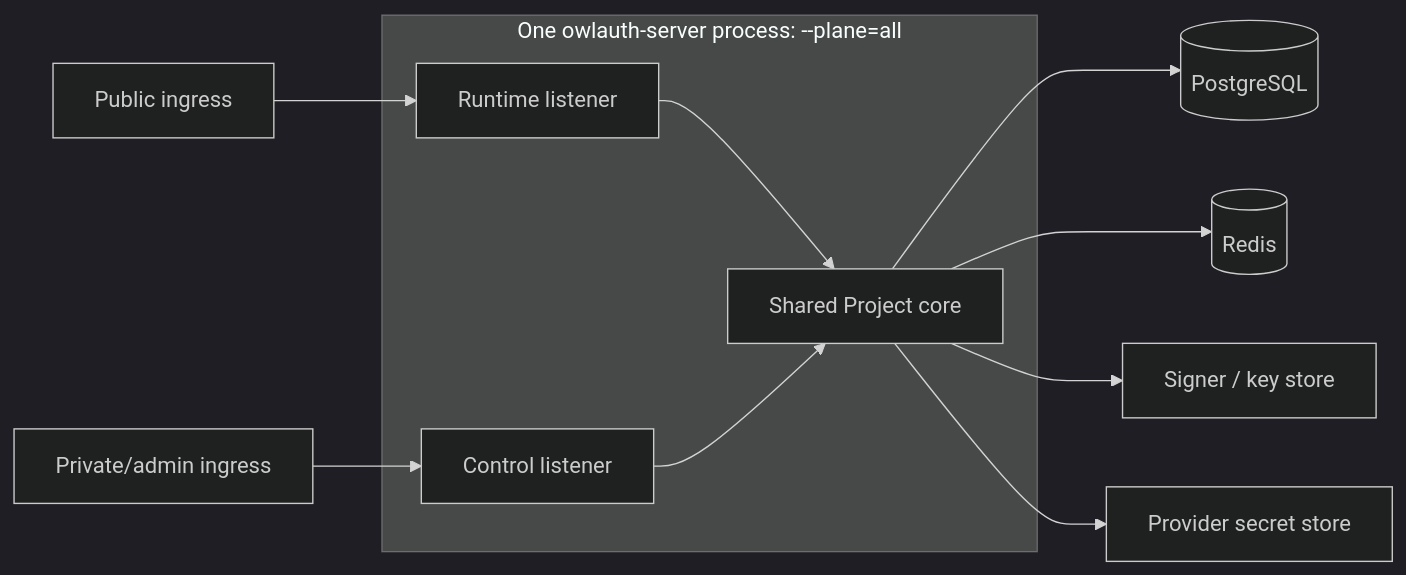
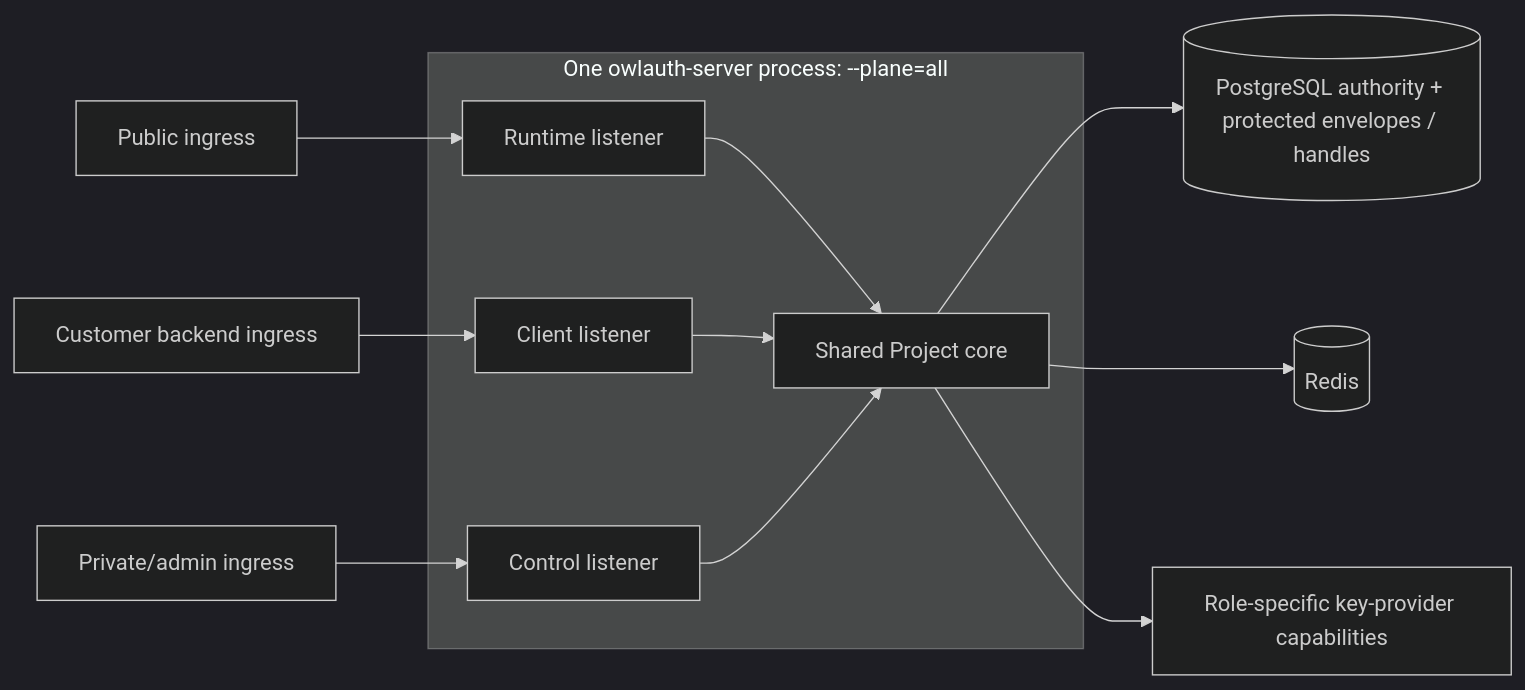
The second of 3 diagrams in spec/08-consistency-resilience-and-plane-separation.md (owlfoundry/owlauth), drawn with Mermaid (dark theme) before and after one commit. The commit also changed other lines of this file and 320 other files, not shown here.

````diff
--- a/spec/08-consistency-resilience-and-plane-separation.md
+++ b/spec/08-consistency-resilience-and-plane-separation.md
@@ -113,13 +119,14 @@
 ```mermaid
 flowchart LR
     Public[Public ingress] --> RL[Runtime listener]
+    Backend[Customer backend ingress] --> BL[Client listener]
     Private[Private/admin ingress] --> CL[Control listener]
     subgraph Process[One owlauth-server process: --plane=all]
         RL --> Core[Shared Project core]
+        BL --> Core
         CL --> Core
     end
-    Core --> PG[(PostgreSQL)]
+    Core --> PG[(PostgreSQL authority + protected envelopes / handles)]
     Core --> Redis[(Redis)]
-    Core --> KMS[Signer / key store]
-    Core --> Secrets[Provider secret store]
+    Core --> KeyProvider[Role-specific key-provider capabilities]
 ```
````
